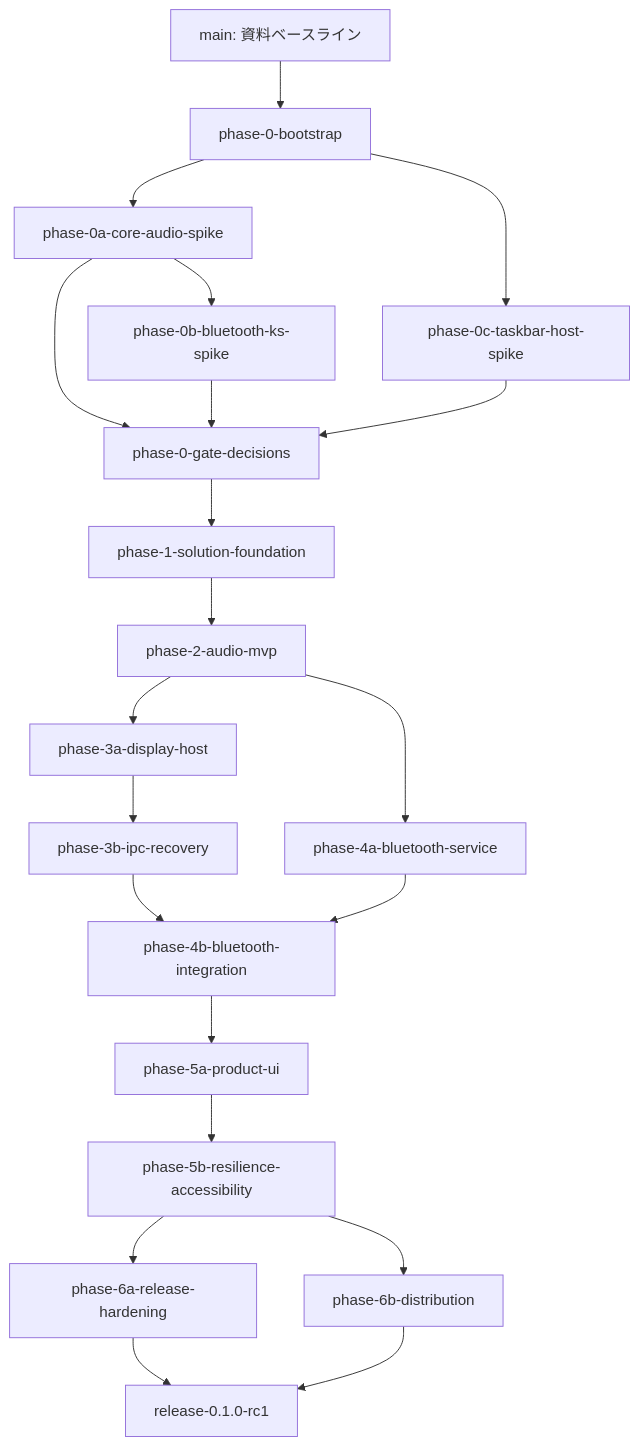
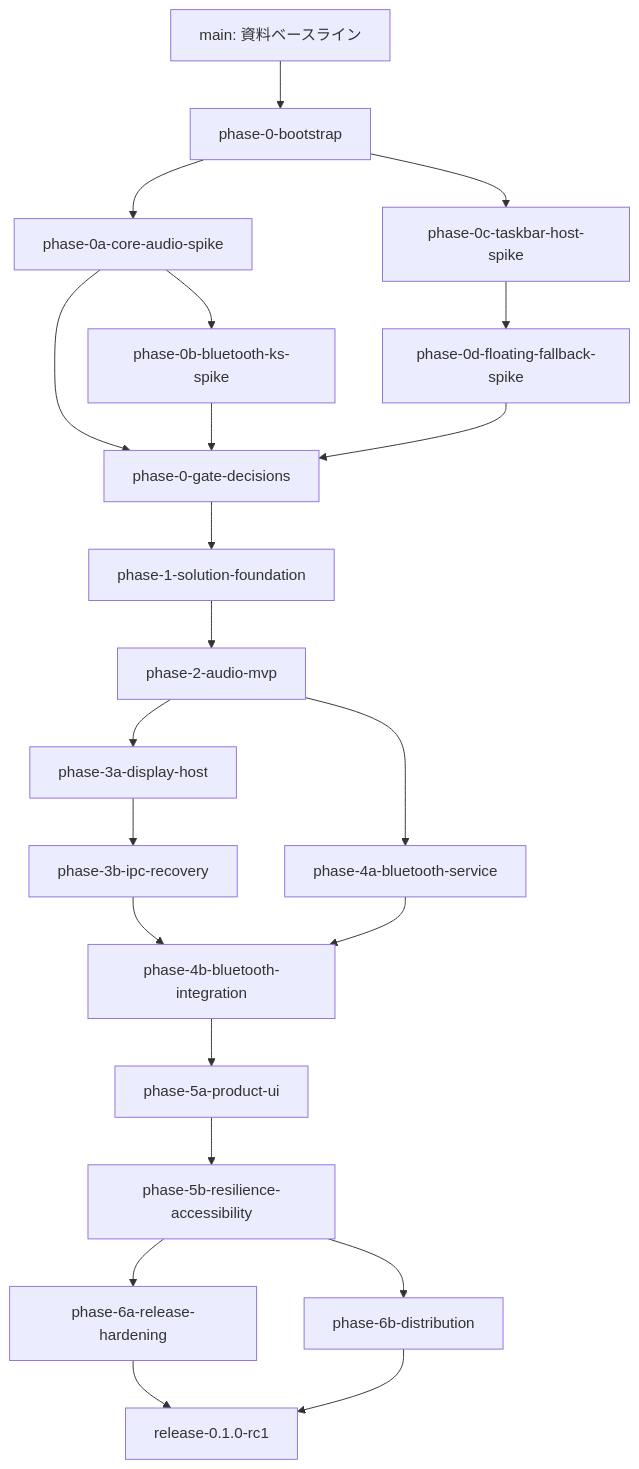
The diagram in docs/QuickPods_ブランチ別実装ロードマップ.md (rimtty/QuickPods), drawn with Mermaid before and after one commit. The commit also changed other lines of this file and 27 other files, not shown here.

Commit message:
feat(taskbar): add floating fallback recovery

````diff
--- a/docs/QuickPods_ブランチ別実装ロードマップ.md
+++ b/docs/QuickPods_ブランチ別実装ロードマップ.md
@@ -72,23 +72,24 @@
 ```mermaid
 flowchart TD
     Seed["main: 資料ベースライン"] --> Bootstrap["phase-0-bootstrap"]
     Bootstrap --> AudioSpike["phase-0a-core-audio-spike"]
     Bootstrap --> TaskbarSpike["phase-0c-taskbar-host-spike"]
+    TaskbarSpike --> TaskbarFallback["phase-0d-floating-fallback-spike"]
     AudioSpike --> BluetoothSpike["phase-0b-bluetooth-ks-spike"]
     AudioSpike --> Gate["phase-0-gate-decisions"]
     BluetoothSpike --> Gate
-    TaskbarSpike --> Gate
+    TaskbarFallback --> Gate
     Gate --> Foundation["phase-1-solution-foundation"]
     Foundation --> AudioMvp["phase-2-audio-mvp"]
     AudioMvp --> DisplayHost["phase-3a-display-host"]
     AudioMvp --> BluetoothService["phase-4a-bluetooth-service"]
     DisplayHost --> Runtime["phase-3b-ipc-recovery"]
     Runtime --> BluetoothIntegration["phase-4b-bluetooth-integration"]
     BluetoothService --> BluetoothIntegration
     BluetoothIntegration --> ProductUi["phase-5a-product-ui"]
     ProductUi --> Resilience["phase-5b-resilience-accessibility"]
     Resilience --> Hardening["phase-6a-release-hardening"]
     Resilience --> Distribution["phase-6b-distribution"]
     Hardening --> Release["release-0.1.0-rc1"]
     Distribution --> Release
 ```
````
